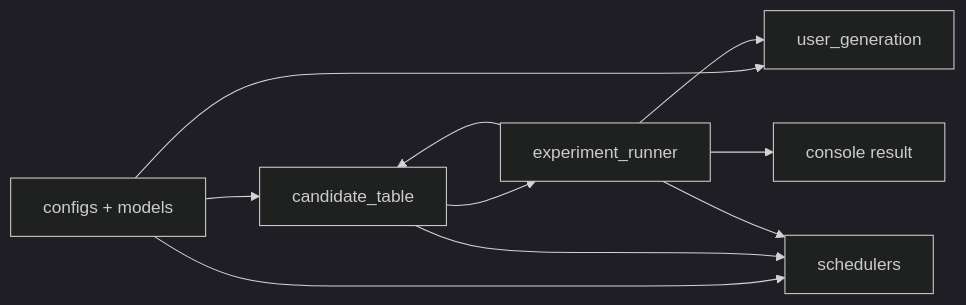
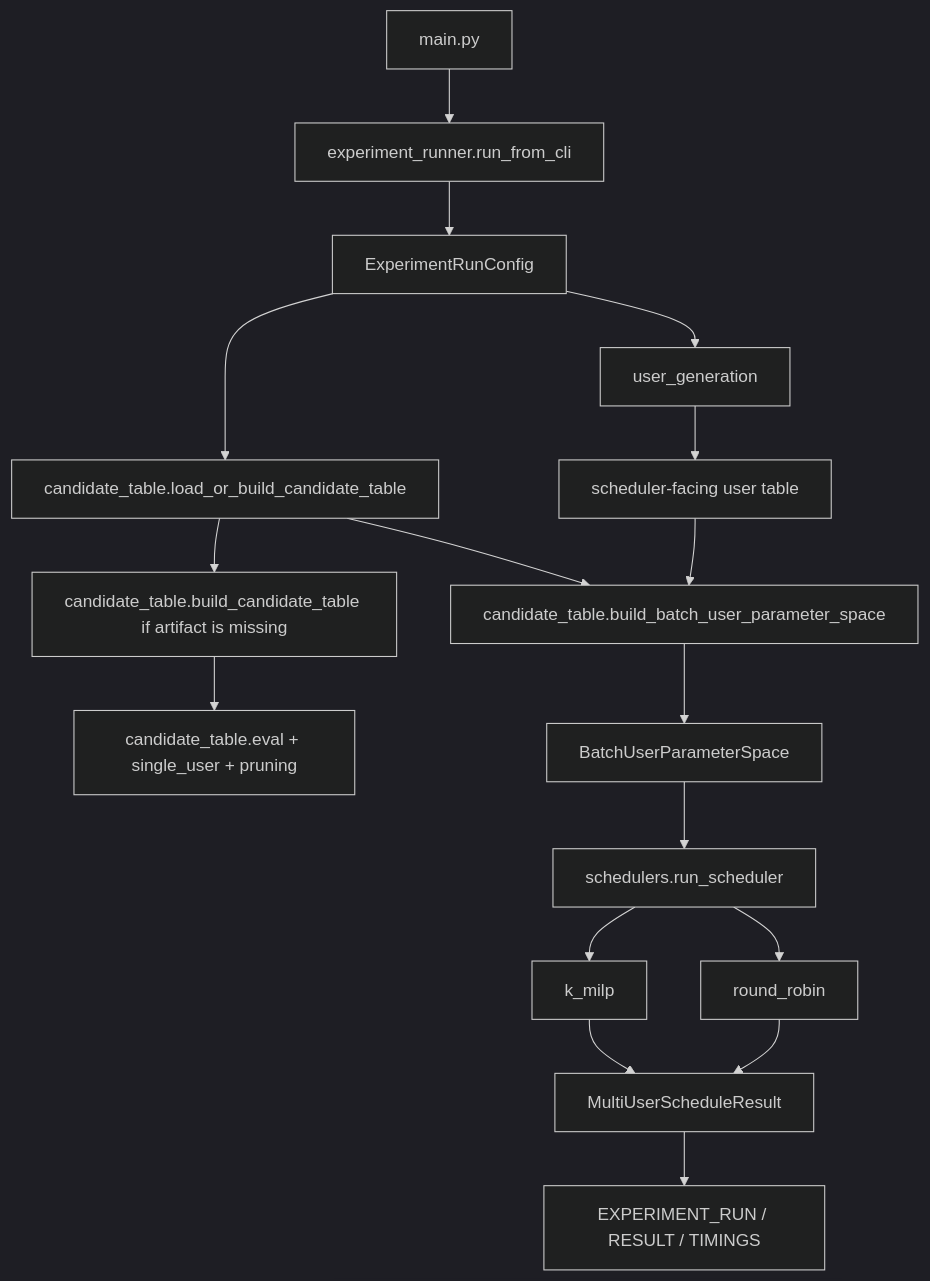
One commit to henryblu/ran-joint-scheduling-optimization changed the diagram in README.md. Above: the diagram before and after it, drawn with Mermaid (dark theme). The commit also changed other lines of this file, not shown here.

````diff
--- a/README.md
+++ b/README.md
@@ -54,12 +35,19 @@
 ```mermaid
-flowchart LR
-    A["configs + models"] --> D["user_generation"]
-    A --> B["candidate_table"]
-    A --> C["schedulers"]
-    E["experiment_runner"] --> D
-    B --> E
-    E --> B
-    B --> C
-    E --> C
-    E --> F["console result"]
+flowchart TD
+    Main["main.py"] --> Runner["experiment_runner.run_from_cli"]
+    Runner --> Config["ExperimentRunConfig"]
+    Config --> Users["user_generation"]
+    Config --> CandidateArtifact["candidate_table.load_or_build_candidate_table"]
+    CandidateArtifact --> CandidateBuild["candidate_table.build_candidate_table if artifact is missing"]
+    CandidateBuild --> CandidateEval["candidate_table.eval + single_user + pruning"]
+    Users --> UserTable["scheduler-facing user table"]
+    UserTable --> Lookup["candidate_table.build_batch_user_parameter_space"]
+    CandidateArtifact --> Lookup
+    Lookup --> BatchSpace["BatchUserParameterSpace"]
+    BatchSpace --> Dispatch["schedulers.run_scheduler"]
+    Dispatch --> RR["round_robin"]
+    Dispatch --> KMILP["k_milp"]
+    RR --> Result["MultiUserScheduleResult"]
+    KMILP --> Result
+    Result --> Console["EXPERIMENT_RUN / RESULT / TIMINGS"]
 ```
````
